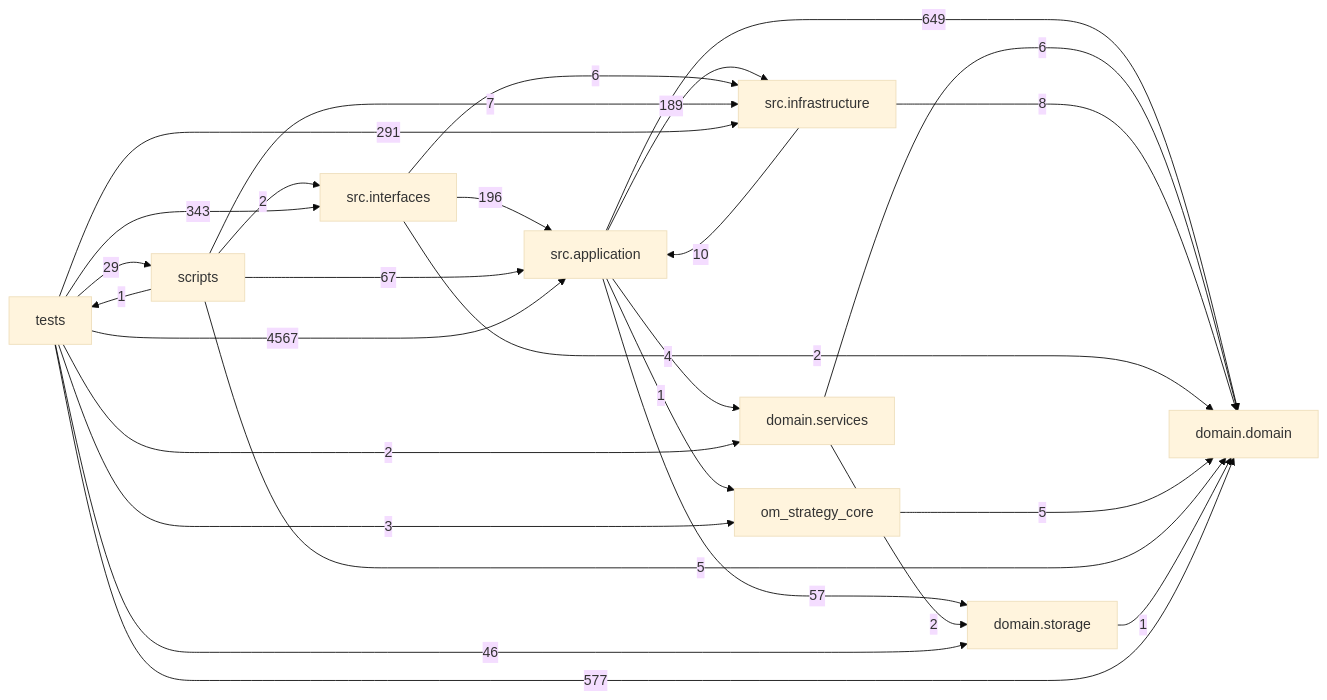
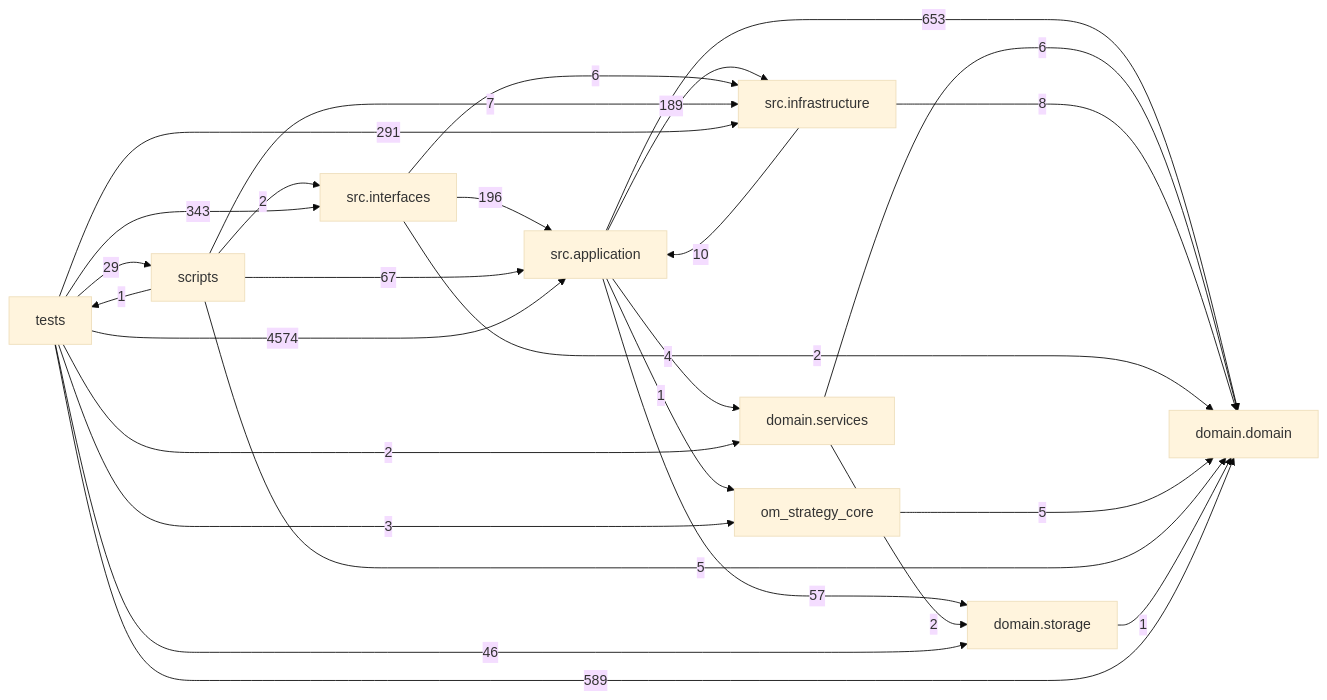
The diagram in docs/DEPENDENCY_GRAPH.md (liuxie066/options-monitor), drawn with Mermaid (base theme) before and after one commit. The commit also changed other lines of this file and 26 other files, not shown here.

````diff
--- a/docs/DEPENDENCY_GRAPH.md
+++ b/docs/DEPENDENCY_GRAPH.md
@@ -24,38 +24,38 @@
 ```mermaid
 flowchart LR
   tests["tests"]
   scripts["scripts"]
   interfaces["src.interfaces"]
   application["src.application"]
   infrastructure["src.infrastructure"]
   domain_services["domain.services"]
   domain["domain.domain"]
   storage["domain.storage"]
-  application -->|649| domain
+  application -->|653| domain
   application -->|4| domain_services
   application -->|189| infrastructure
   application -->|1| om_strategy_core
   application -->|57| storage
   domain_services -->|6| domain
   domain_services -->|2| storage
   infrastructure -->|10| application
   infrastructure -->|8| domain
   interfaces -->|196| application
   interfaces -->|2| domain
   interfaces -->|6| infrastructure
   om_strategy_core -->|5| domain
   scripts -->|67| application
   scripts -->|5| domain
   scripts -->|7| infrastructure
   scripts -->|2| interfaces
   scripts -->|1| tests
   storage -->|1| domain
-  tests -->|4567| application
-  tests -->|577| domain
+  tests -->|4574| application
+  tests -->|589| domain
   tests -->|2| domain_services
   tests -->|291| infrastructure
   tests -->|343| interfaces
   tests -->|3| om_strategy_core
   tests -->|29| scripts
   tests -->|46| storage
 ```
````
